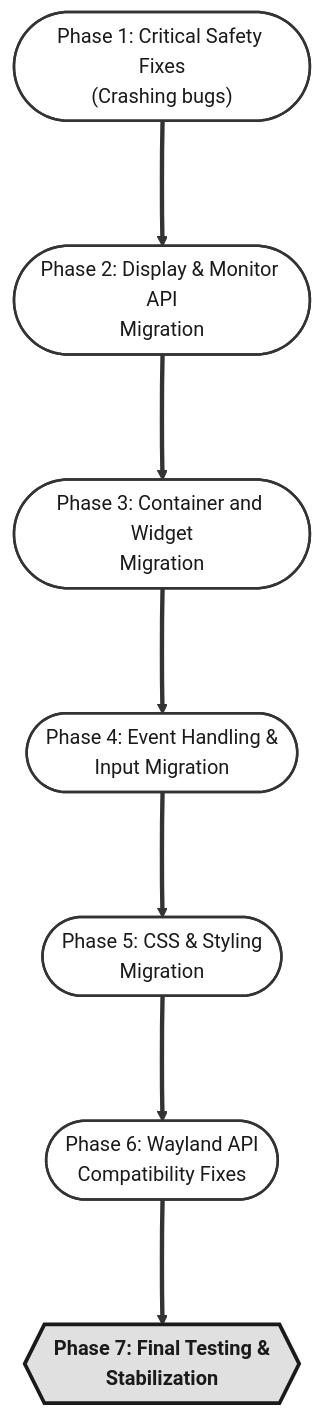
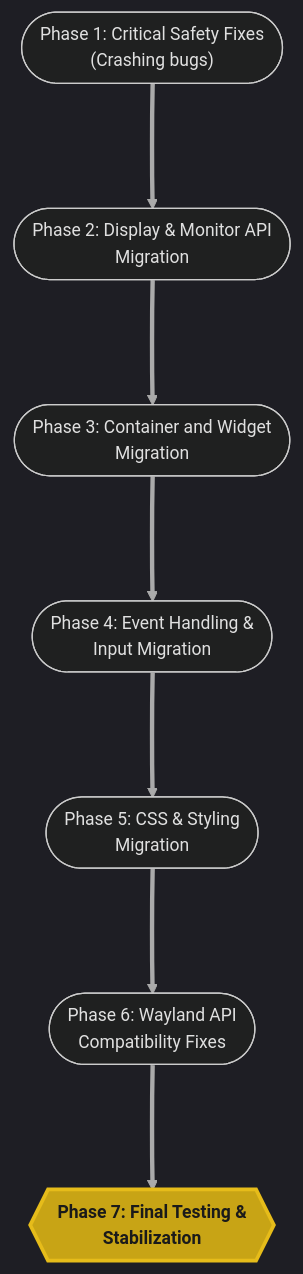
One commit to Dev10-sys/sugar-proposal-gtk changed the sixth of 9 diagrams in proposal.md. Above: the diagram before and after it, drawn with Mermaid. The commit also changed other lines of this file, not shown here.

Commit message:
Dark theme diagrams: professional system architecture style with amber highlights

````diff
--- a/proposal.md
+++ b/proposal.md
@@ -441,26 +384,20 @@
 ```mermaid
+%%{init: {'theme': 'dark', 'themeVariables': {'primaryColor': '#2a2a2a', 'primaryBorderColor': '#888', 'lineColor': '#aaa', 'textColor': '#e0e0e0', 'fontSize': '14px'}}}%%
 flowchart TD
-    %% Workflow steps
     Phase1(["Phase 1: Critical Safety Fixes\n(Crashing bugs)"])
     Phase2(["Phase 2: Display & Monitor API\nMigration"])
     Phase3(["Phase 3: Container and Widget\nMigration"])
     Phase4(["Phase 4: Event Handling &\nInput Migration"])
     Phase5(["Phase 5: CSS & Styling\nMigration"])
     Phase6(["Phase 6: Wayland API\nCompatibility Fixes"])
     Phase7{{"Phase 7: Final Testing &\nStabilization"}}
 
-    %% Connections
     Phase1 ===> Phase2
     Phase2 ===> Phase3
     Phase3 ===> Phase4
     Phase4 ===> Phase5
     Phase5 ===> Phase6
     Phase6 ===> Phase7
 
-    %% Styling
-    classDef phaseNode fill:#fff,stroke:#333,stroke-width:2px,color:#1a1a1a;
-    classDef finalNode fill:#e0e0e0,stroke:#1a1a1a,stroke-width:3px,color:#1a1a1a,font-weight:bold;
-
-    class Phase1,Phase2,Phase3,Phase4,Phase5,Phase6 phaseNode;
-    class Phase7 finalNode;
+    style Phase7 fill:#c8a415,stroke:#e6bc1a,stroke-width:3px,color:#1a1a1a,font-weight:bold
 ```
````
